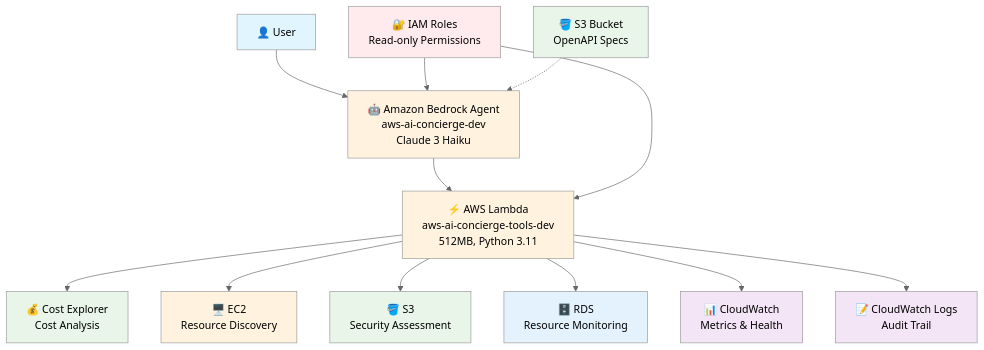
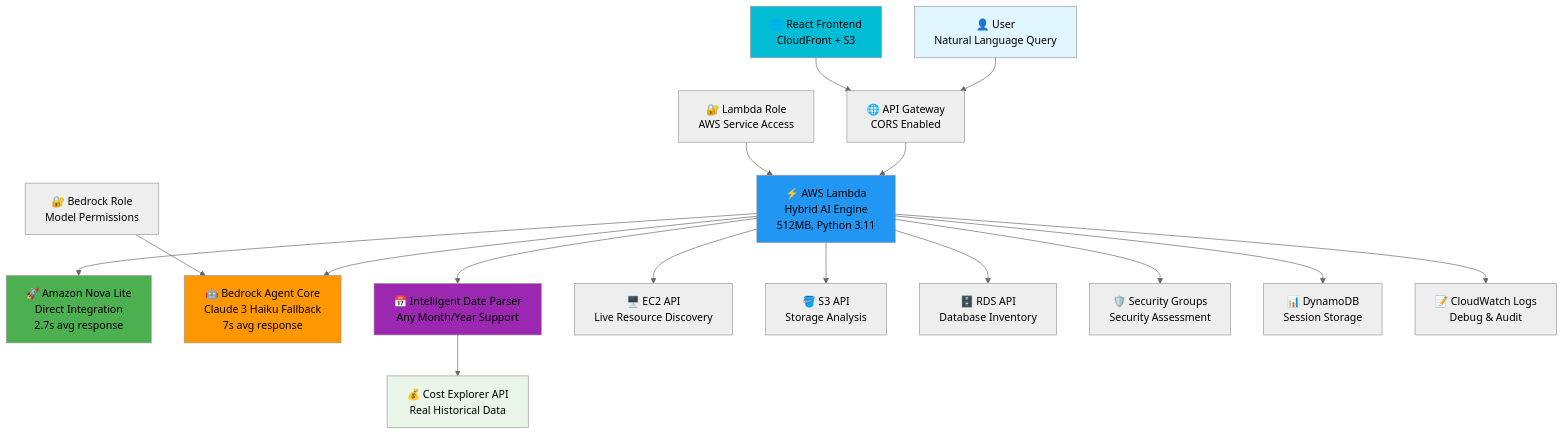
The first of 5 diagrams in docs/ARCHITECTURE_DIAGRAM.md (dzecena/aws-ai-concierge), drawn with Mermaid (neutral theme) before and after one commit. The commit also changed other lines of this file and 6 other files, not shown here.

````diff
--- a/docs/ARCHITECTURE_DIAGRAM.md
+++ b/docs/ARCHITECTURE_DIAGRAM.md
@@ -7,31 +9,33 @@
 ```mermaid
 graph TB
-    User[👤 User] --> Bedrock[🤖 Amazon Bedrock Agent<br/>aws-ai-concierge-dev<br/>Claude 3 Haiku]
+    User[👤 User<br/>Natural Language Query] --> API[🌐 API Gateway<br/>CORS Enabled]
     
-    Bedrock --> Lambda[⚡ AWS Lambda<br/>aws-ai-concierge-tools-dev<br/>512MB, Python 3.11]
+    API --> Lambda[⚡ AWS Lambda<br/>Hybrid AI Engine<br/>512MB, Python 3.11]
     
-    Lambda --> CE[💰 Cost Explorer<br/>Cost Analysis]
-    Lambda --> EC2[🖥️ EC2<br/>Resource Discovery]
-    Lambda --> S3[🪣 S3<br/>Security Assessment]
-    Lambda --> RDS[🗄️ RDS<br/>Resource Monitoring]
-    Lambda --> CW[📊 CloudWatch<br/>Metrics & Health]
+    Lambda --> NovaLite[🚀 Amazon Nova Lite<br/>Direct Integration<br/>2.7s avg response]
+    Lambda --> BedrockAgent[🤖 Bedrock Agent Core<br/>Claude 3 Haiku Fallback<br/>7s avg response]
     
-    Lambda --> CWLogs[📝 CloudWatch Logs<br/>Audit Trail]
+    Lambda --> DateParser[📅 Intelligent Date Parser<br/>Any Month/Year Support]
     
-    IAM[🔐 IAM Roles<br/>Read-only Permissions] --> Lambda
-    IAM --> Bedrock
+    DateParser --> CE[💰 Cost Explorer API<br/>Real Historical Data]
+    Lambda --> EC2[🖥️ EC2 API<br/>Live Resource Discovery]
+    Lambda --> S3[🪣 S3 API<br/>Storage Analysis]
+    Lambda --> RDS[🗄️ RDS API<br/>Database Inventory]
+    Lambda --> SG[🛡️ Security Groups<br/>Security Assessment]
     
-    S3Bucket[🪣 S3 Bucket<br/>OpenAPI Specs] -.-> Bedrock
+    Lambda --> DDB[📊 DynamoDB<br/>Session Storage]
+    Lambda --> CWLogs[📝 CloudWatch Logs<br/>Debug & Audit]
+    
+    IAMLambda[🔐 Lambda Role<br/>AWS Service Access] --> Lambda
+    IAMBedrock[🔐 Bedrock Role<br/>Model Permissions] --> BedrockAgent
+    
+    Frontend[🌐 React Frontend<br/>CloudFront + S3] --> API
     
     style User fill:#e1f5fe
-    style Bedrock fill:#fff3e0
-    style Lambda fill:#fff3e0
+    style NovaLite fill:#4caf50
+    style BedrockAgent fill:#ff9800
+    style Lambda fill:#2196f3
+    style DateParser fill:#9c27b0
     style CE fill:#e8f5e8
-    style EC2 fill:#fff3e0
-    style S3 fill:#e8f5e8
-    style RDS fill:#e3f2fd
-    style CW fill:#f3e5f5
-    style CWLogs fill:#f3e5f5
-    style IAM fill:#ffebee
-    style S3Bucket fill:#e8f5e8
+    style Frontend fill:#00bcd4
 ```
````
